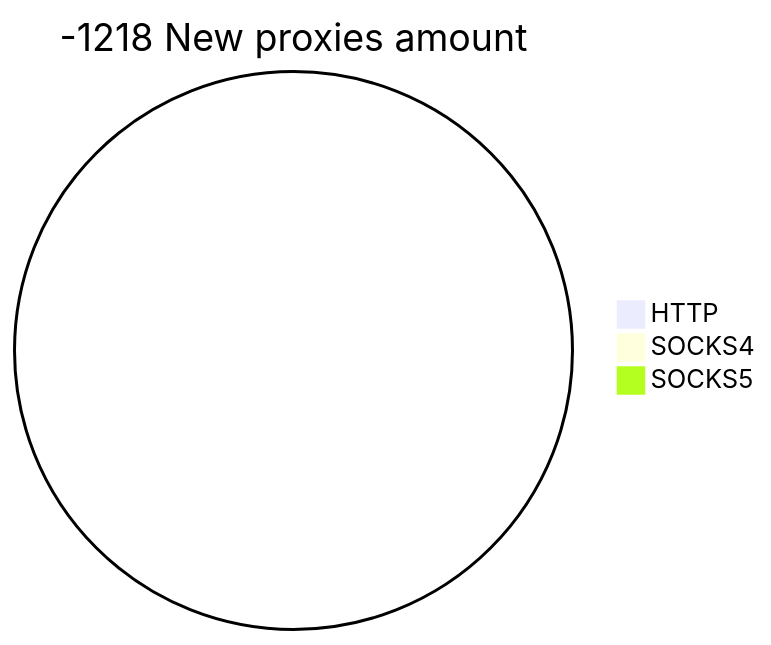
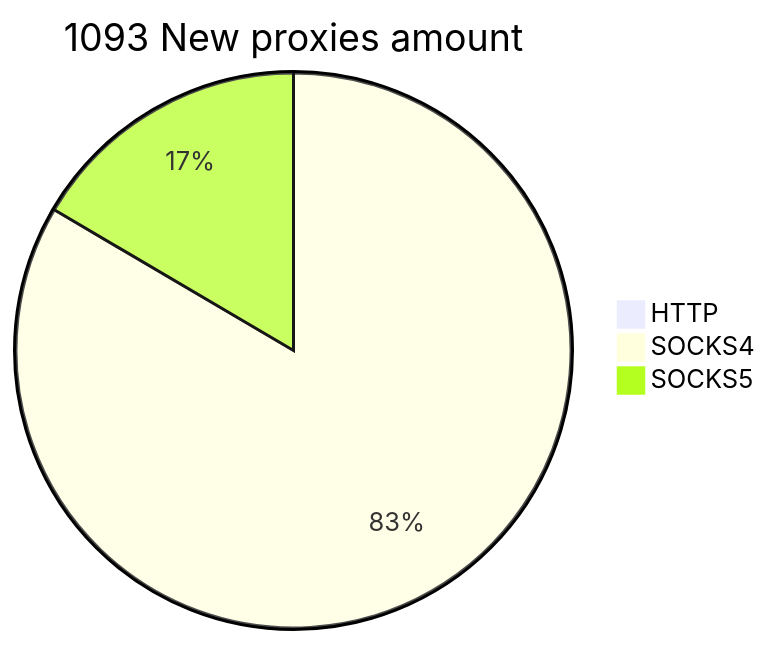
Before and after one commit to cutipu/proxylist: the second of 2 diagrams in README.md, drawn with Mermaid. The commit also changed other lines of this file, not shown here.

````diff
--- a/README.md
+++ b/README.md
@@ -10,6 +10,6 @@
 ```mermaid
-pie title -1218 New proxies amount
+pie title 1093 New proxies amount
     "HTTP" : 0
-    "SOCKS4" : 0
-    "SOCKS5" : 0
+    "SOCKS4" : 959
+    "SOCKS5" : 190
 ```
````
